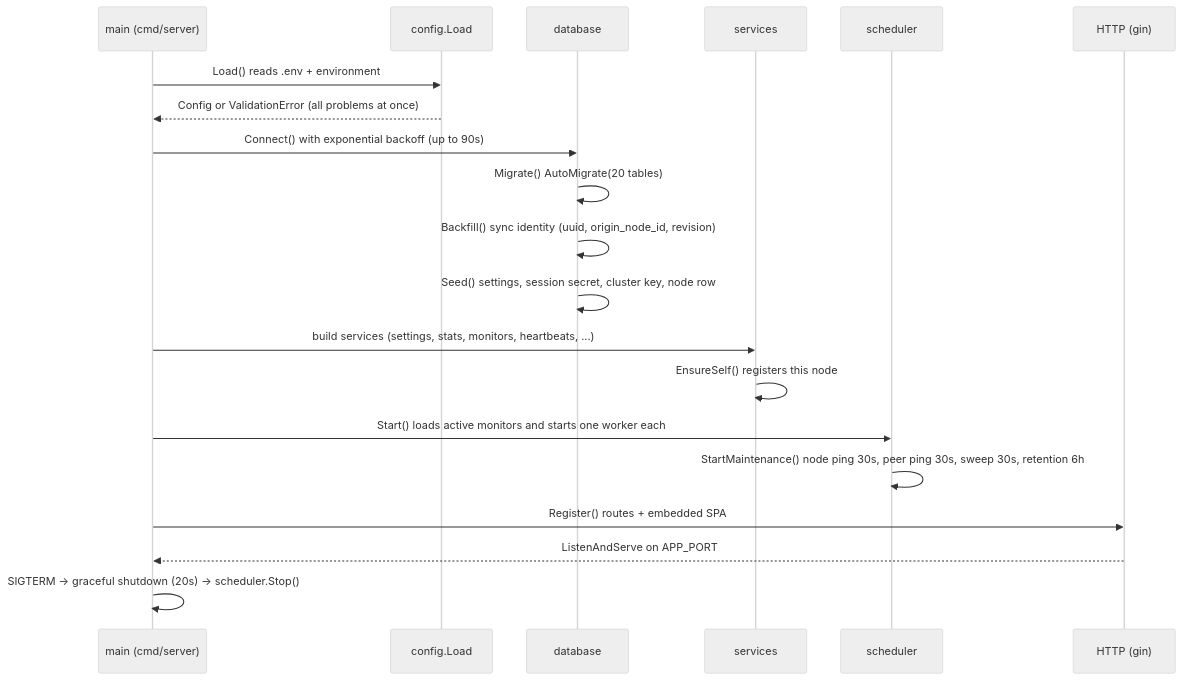
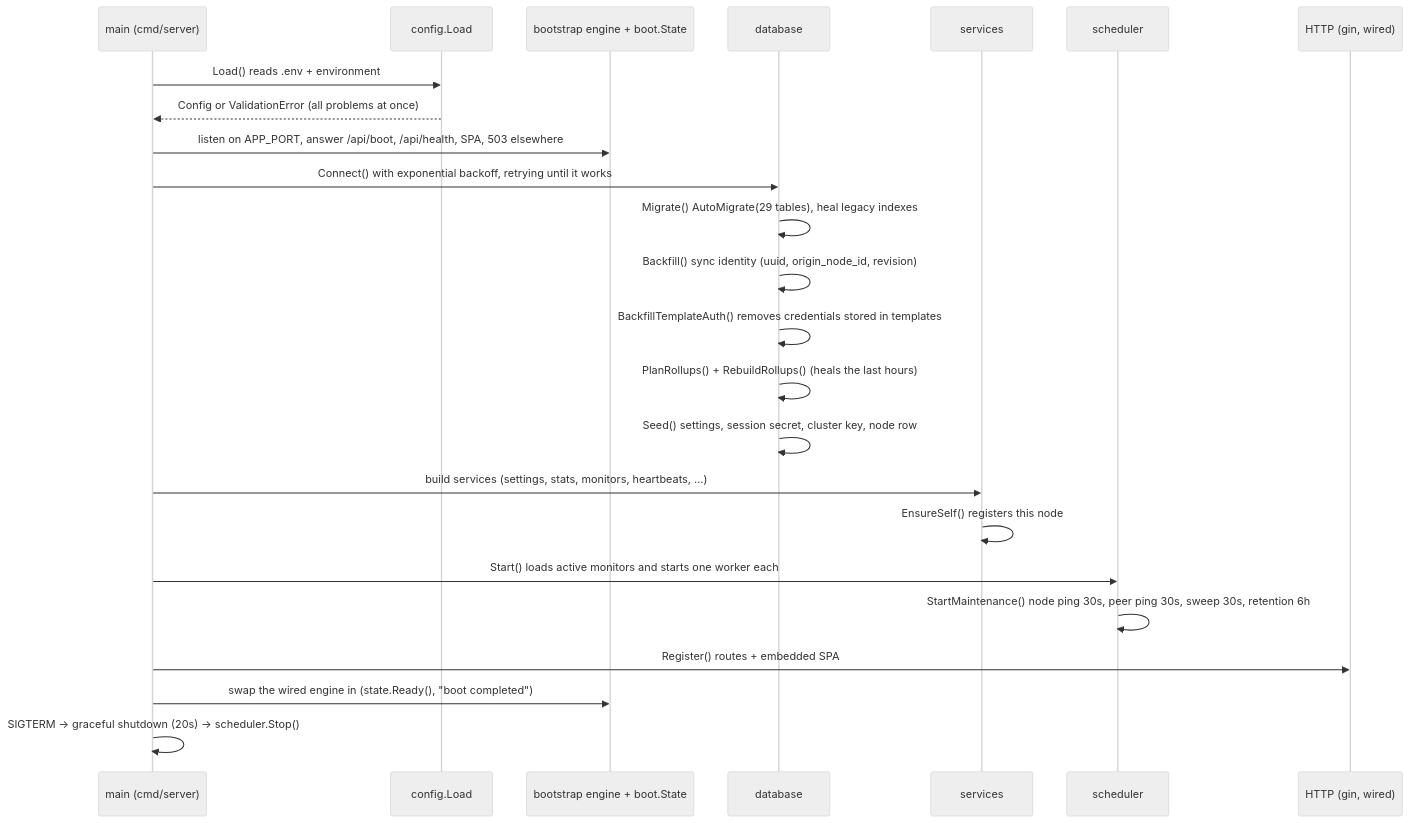
The first of 3 diagrams in docs/architecture.md (ivancarlosti/up), drawn with Mermaid (neutral theme) before and after one commit. The commit also changed other lines of this file and 34 other files, not shown here.

````diff
--- a/docs/architecture.md
+++ b/docs/architecture.md
@@ -72,23 +81,27 @@
 ```mermaid
 sequenceDiagram
     participant M as main (cmd/server)
     participant C as config.Load
+    participant B as bootstrap engine + boot.State
     participant D as database
     participant A as services
     participant S as scheduler
-    participant H as HTTP (gin)
+    participant H as HTTP (gin, wired)
 
     M->>C: Load() reads .env + environment
     C-->>M: Config or ValidationError (all problems at once)
-    M->>D: Connect() with exponential backoff (up to 90s)
-    D->>D: Migrate() AutoMigrate(20 tables)
+    M->>B: listen on APP_PORT, answer /api/boot, /api/health, SPA, 503 elsewhere
+    M->>D: Connect() with exponential backoff, retrying until it works
+    D->>D: Migrate() AutoMigrate(29 tables), heal legacy indexes
     D->>D: Backfill() sync identity (uuid, origin_node_id, revision)
+    D->>D: BackfillTemplateAuth() removes credentials stored in templates
+    D->>D: PlanRollups() + RebuildRollups() (heals the last hours)
     D->>D: Seed() settings, session secret, cluster key, node row
     M->>A: build services (settings, stats, monitors, heartbeats, ...)
     A->>A: EnsureSelf() registers this node
     M->>S: Start() loads active monitors and starts one worker each
     S->>S: StartMaintenance() node ping 30s, peer ping 30s, sweep 30s, retention 6h
     M->>H: Register() routes + embedded SPA
-    H-->>M: ListenAndServe on APP_PORT
+    M->>B: swap the wired engine in (state.Ready(), "boot completed")
     M->>M: SIGTERM -> graceful shutdown (20s) -> scheduler.Stop()
 ```
````
